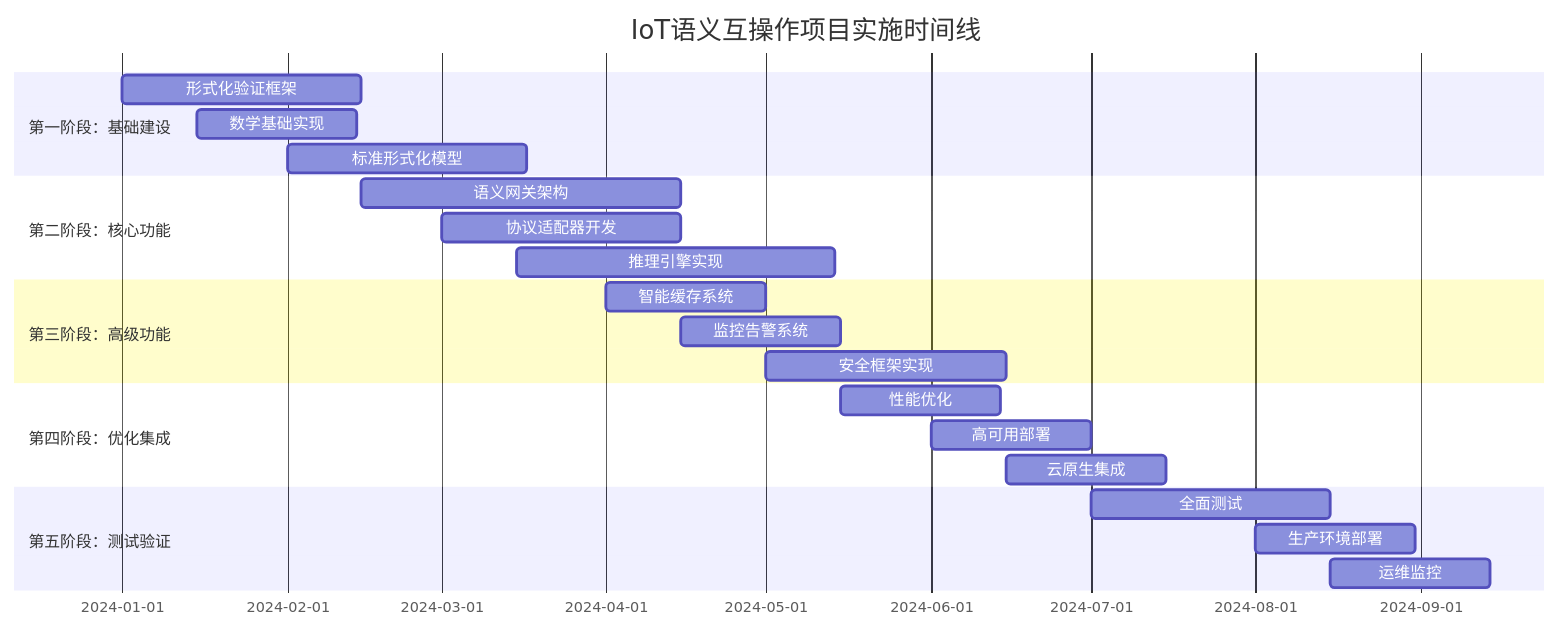
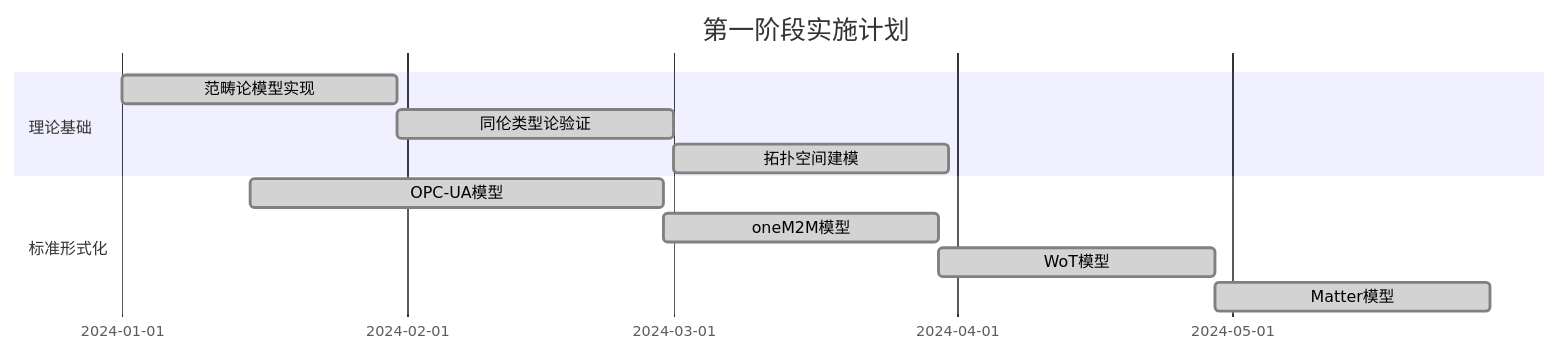
The diagram in project0/04-实现与开发/50-项目实施路线图与总结.md (AdaMartin18010/IOT), drawn with Mermaid before and after one commit. The commit also changed other lines of this file and 7 other files, not shown here.

````diff
--- a/project0/04-实现与开发/50-项目实施路线图与总结.md
+++ b/project0/04-实现与开发/50-项目实施路线图与总结.md
@@ -90,30 +44,15 @@
 ```mermaid
 gantt
-    title IoT语义互操作项目实施时间线
+    title 第一阶段实施计划
     dateFormat  YYYY-MM-DD
+    section 理论基础
+    范畴论模型实现       :done, cat, 2024-01-01, 30d
+    同伦类型论验证       :done, hott, after cat, 30d
+    拓扑空间建模         :done, topo, after hott, 30d
     
-    section 第一阶段：基础建设
-    形式化验证框架          :phase1-1, 2024-01-01, 45d
-    数学基础实现           :phase1-2, 2024-01-15, 30d
-    标准形式化模型         :phase1-3, 2024-02-01, 45d
-    
-    section 第二阶段：核心功能
-    语义网关架构          :phase2-1, 2024-02-15, 60d
-    协议适配器开发        :phase2-2, 2024-03-01, 45d
-    推理引擎实现          :phase2-3, 2024-03-15, 60d
-    
-    section 第三阶段：高级功能
-    智能缓存系统          :phase3-1, 2024-04-01, 30d
-    监控告警系统          :phase3-2, 2024-04-15, 30d
-    安全框架实现          :phase3-3, 2024-05-01, 45d
-    
-    section 第四阶段：优化集成
-    性能优化             :phase4-1, 2024-05-15, 30d
-    高可用部署           :phase4-2, 2024-06-01, 30d
-    云原生集成           :phase4-3, 2024-06-15, 30d
-    
-    section 第五阶段：测试验证
-    全面测试             :phase5-1, 2024-07-01, 45d
-    生产环境部署         :phase5-2, 2024-08-01, 30d
-    运维监控             :phase5-3, 2024-08-15, 30d
+    section 标准形式化
+    OPC-UA模型          :done, opcua, 2024-01-15, 45d
+    oneM2M模型          :done, onem2m, after opcua, 30d
+    WoT模型             :done, wot, after onem2m, 30d
+    Matter模型          :done, matter, after wot, 30d
 ```
````
